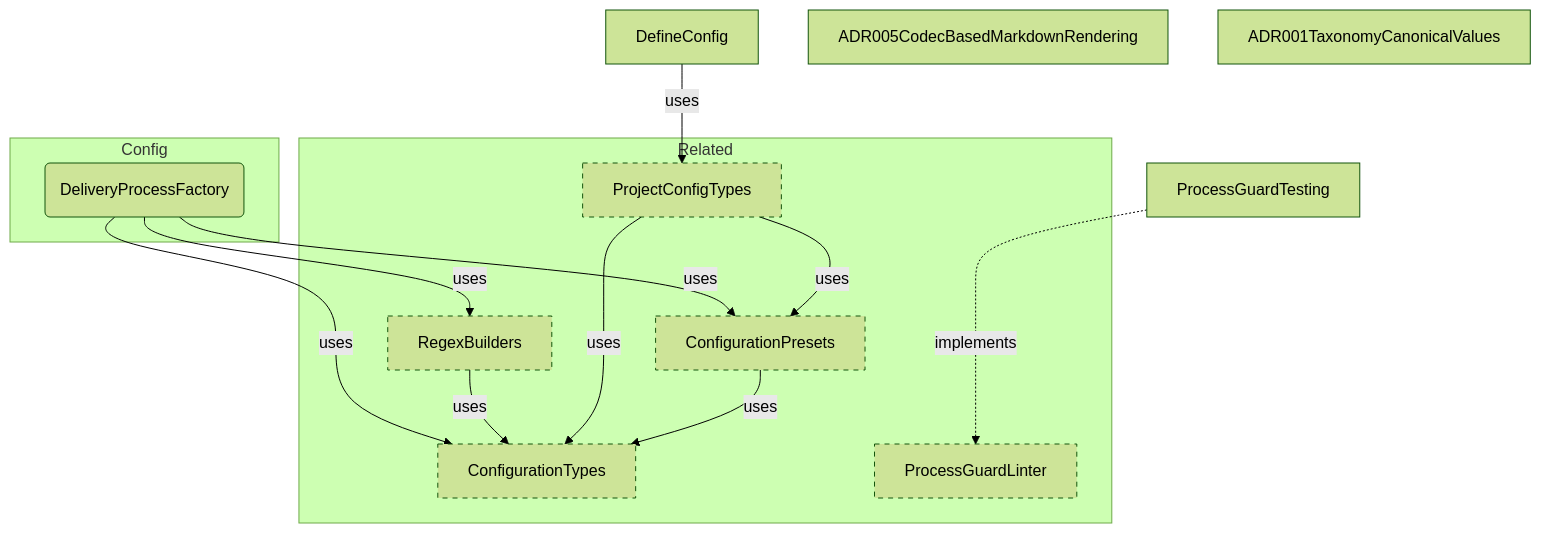
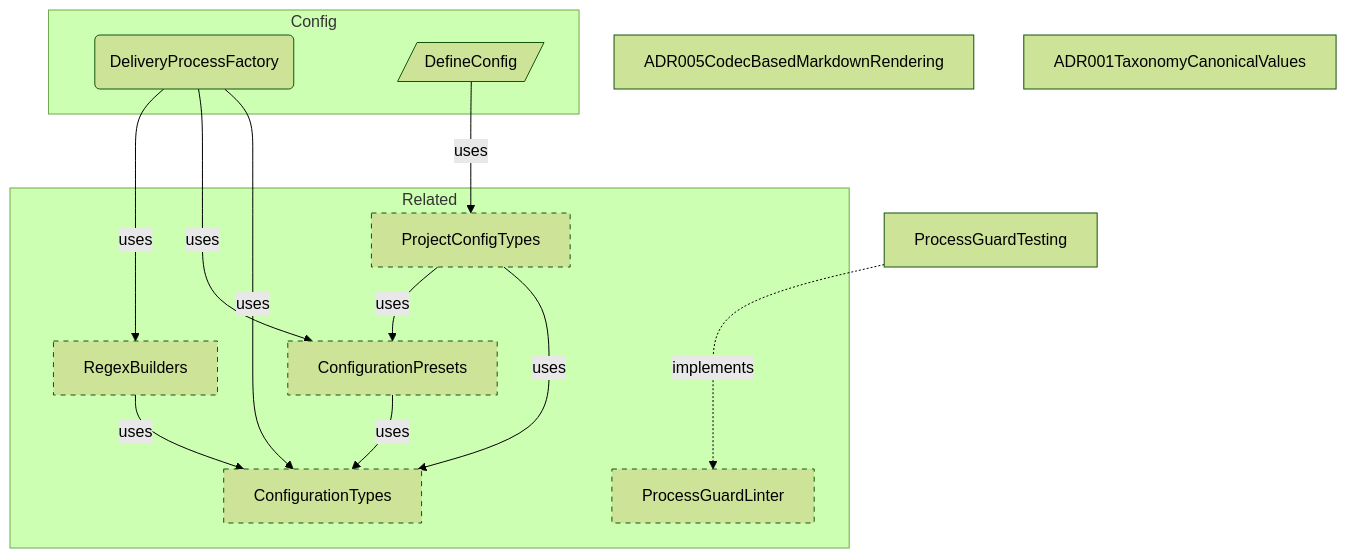
One commit to libar-dev/architect changed the first of 6 diagrams in docs-generated/docs/REFERENCE-SAMPLE.md. Above: the diagram before and after it, drawn with Mermaid (forest theme). The commit also changed other lines of this file and 219 other files, not shown here.

````diff
--- a/docs-generated/docs/REFERENCE-SAMPLE.md
+++ b/docs-generated/docs/REFERENCE-SAMPLE.md
@@ -117,27 +117,27 @@
 ```mermaid
 graph TB
     subgraph config["Config"]
         DeliveryProcessFactory("DeliveryProcessFactory")
+        DefineConfig[/"DefineConfig"/]
     end
-    DefineConfig["DefineConfig"]
     ADR005CodecBasedMarkdownRendering["ADR005CodecBasedMarkdownRendering"]
     ADR001TaxonomyCanonicalValues["ADR001TaxonomyCanonicalValues"]
     ProcessGuardTesting["ProcessGuardTesting"]
     subgraph related["Related"]
         ConfigurationTypes["ConfigurationTypes"]:::neighbor
         RegexBuilders["RegexBuilders"]:::neighbor
         ProjectConfigTypes["ProjectConfigTypes"]:::neighbor
         ConfigurationPresets["ConfigurationPresets"]:::neighbor
         ProcessGuardLinter["ProcessGuardLinter"]:::neighbor
     end
     DeliveryProcessFactory -->|uses| ConfigurationTypes
     DeliveryProcessFactory -->|uses| ConfigurationPresets
     DeliveryProcessFactory -->|uses| RegexBuilders
     DefineConfig -->|uses| ProjectConfigTypes
     ProcessGuardTesting ..->|implements| ProcessGuardLinter
     RegexBuilders -->|uses| ConfigurationTypes
     ProjectConfigTypes -->|uses| ConfigurationTypes
     ProjectConfigTypes -->|uses| ConfigurationPresets
     ConfigurationPresets -->|uses| ConfigurationTypes
     classDef neighbor stroke-dasharray: 5 5
 ```
````
